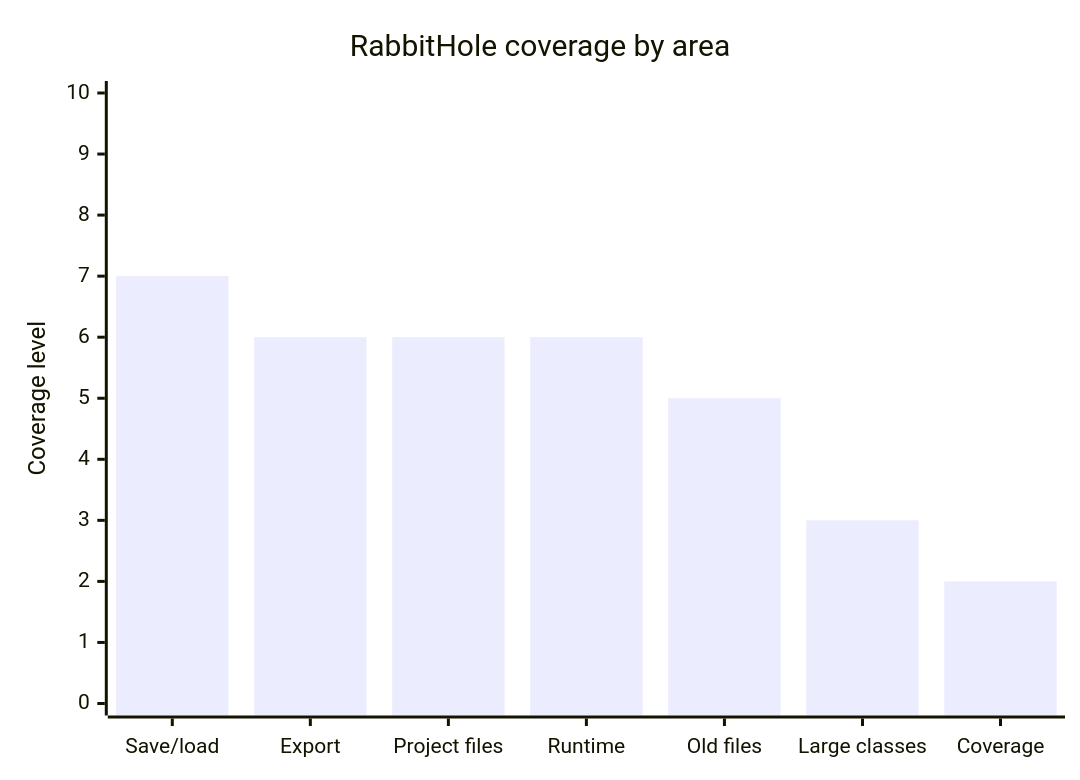
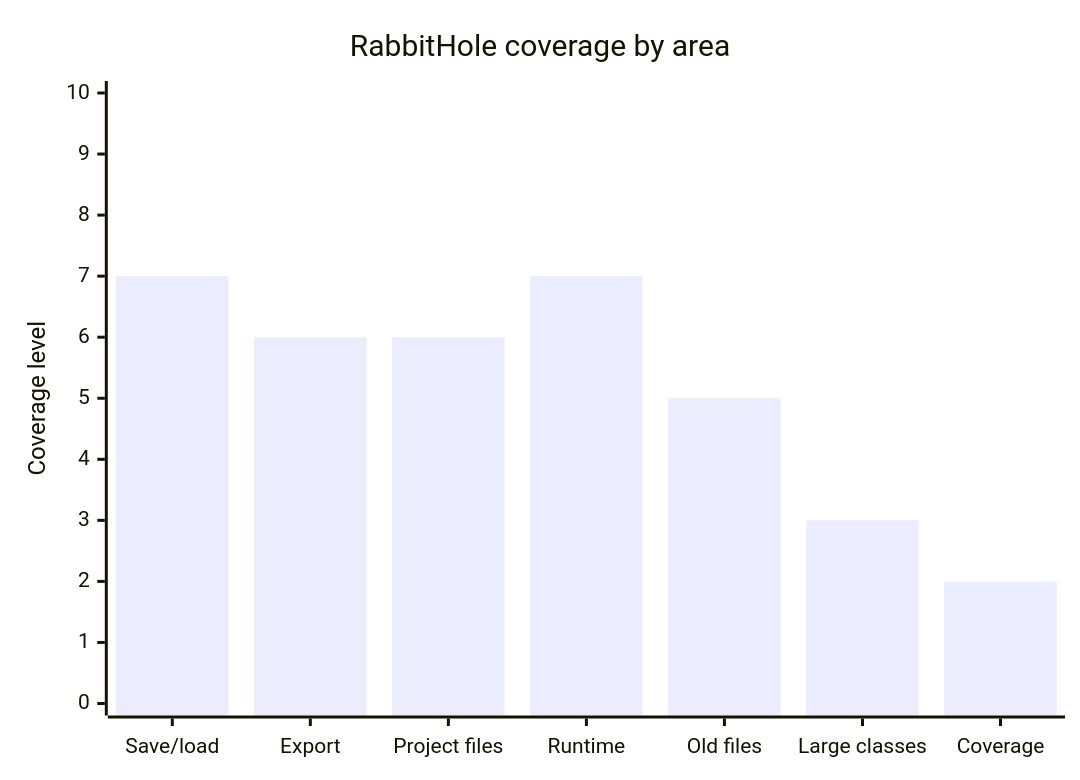
The third of 6 diagrams in README.md (rysweet/drinkme), drawn with Mermaid before and after one commit. The commit also changed other lines of this file, not shown here.

````diff
--- a/README.md
+++ b/README.md
@@ -76,7 +76,7 @@
 ```mermaid
 xychart-beta
   title "RabbitHole coverage by area"
   x-axis ["Save/load", "Export", "Project files", "Runtime", "Old files", "Large classes", "Coverage"]
   y-axis "Coverage level" 0 --> 10
-  bar [7, 6, 6, 6, 5, 3, 2]
+  bar [7, 6, 6, 7, 5, 3, 2]
 ```
````
